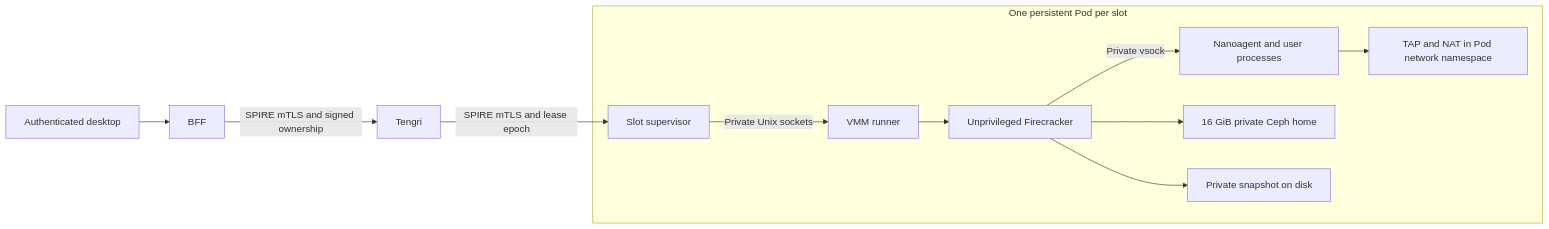
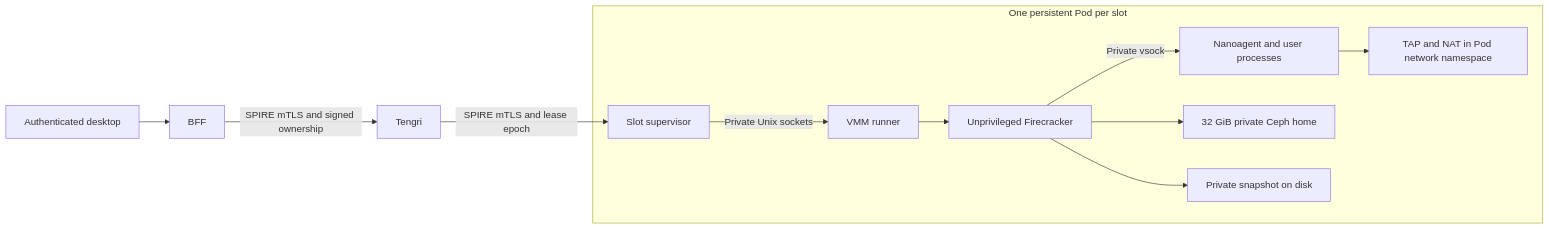
The diagram in docs/tengri/kvm-tap-design.md (proompteng/lab), drawn with Mermaid before and after one commit. The commit also changed other lines of this file and 28 other files, not shown here.

````diff
--- a/docs/tengri/kvm-tap-design.md
+++ b/docs/tengri/kvm-tap-design.md
@@ -32,14 +32,14 @@
 ```mermaid
 flowchart LR
   Browser[Authenticated desktop] --> BFF[BFF]
   BFF -->|SPIRE mTLS and signed ownership| Controller[Tengri]
   Controller -->|SPIRE mTLS and lease epoch| Supervisor[Slot supervisor]
   subgraph Slot[One persistent Pod per slot]
     Supervisor -->|Private Unix sockets| Runner[VMM runner]
     Runner --> Firecracker[Unprivileged Firecracker]
     Firecracker -->|Private vsock| Guest[Nanoagent and user processes]
-    Firecracker --> Home[16 GiB private Ceph home]
+    Firecracker --> Home[32 GiB private Ceph home]
     Firecracker --> Snapshot[Private snapshot on disk]
     Guest --> TAP[TAP and NAT in Pod network namespace]
   end
 ```
````
